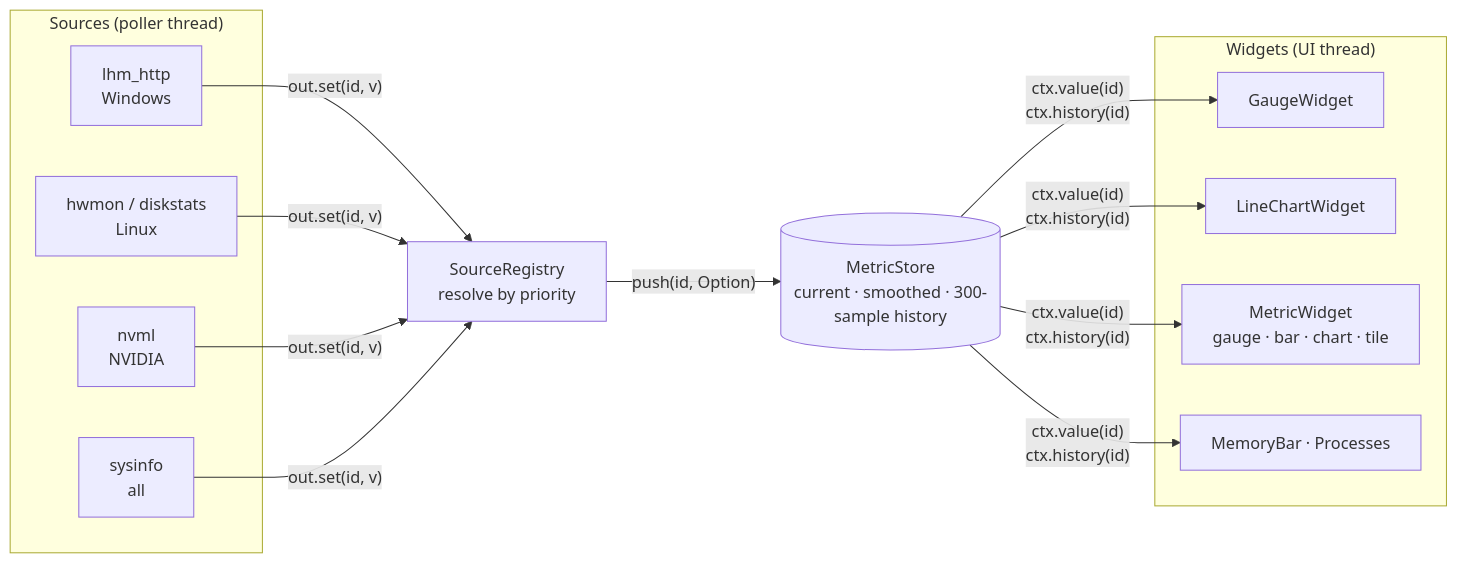
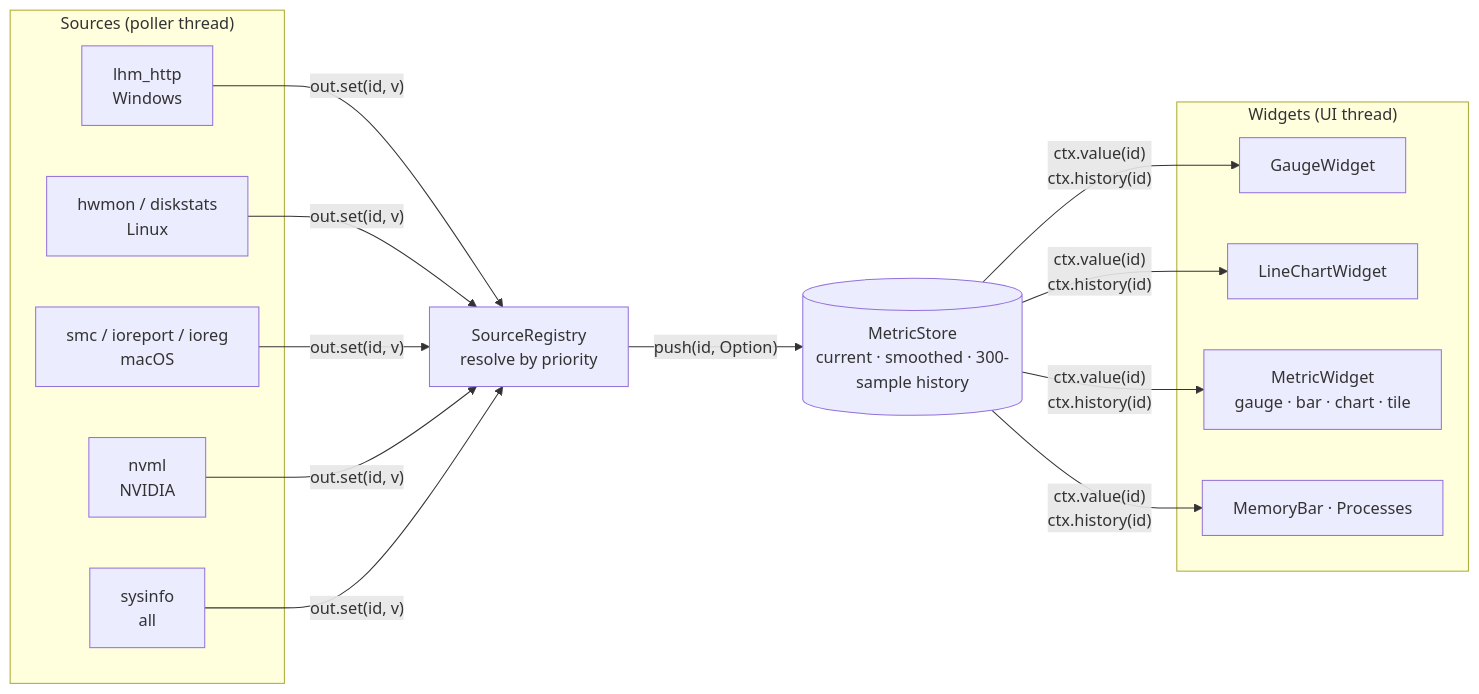
Before and after one commit to liorbass/hardviz: the first of 4 diagrams in docs/architecture.md, drawn with Mermaid. The commit also changed other lines of this file and 29 other files, not shown here.

````diff
--- a/docs/architecture.md
+++ b/docs/architecture.md
@@ -14,23 +14,25 @@
 ```mermaid
 flowchart LR
     subgraph sources["Sources (poller thread)"]
         LHM["lhm_http<br/>Windows"]
         HW["hwmon / diskstats<br/>Linux"]
+        MAC["smc / ioreport / ioreg<br/>macOS"]
         NV["nvml<br/>NVIDIA"]
         SI["sysinfo<br/>all"]
     end
     R["SourceRegistry<br/>resolve by priority"]
     S[("MetricStore<br/>current · smoothed · 300-sample history")]
     subgraph widgets["Widgets (UI thread)"]
         G["GaugeWidget"]
         C["LineChartWidget"]
         T["MetricWidget<br/>gauge · bar · chart · tile"]
         M["MemoryBar · Processes"]
     end
     LHM -- "out.set(id, v)" --> R
     HW -- "out.set(id, v)" --> R
+    MAC -- "out.set(id, v)" --> R
     NV -- "out.set(id, v)" --> R
     SI -- "out.set(id, v)" --> R
     R -- "push(id, Option)" --> S
     S -- "ctx.value(id)<br/>ctx.history(id)" --> G & C & T & M
 ```
````
